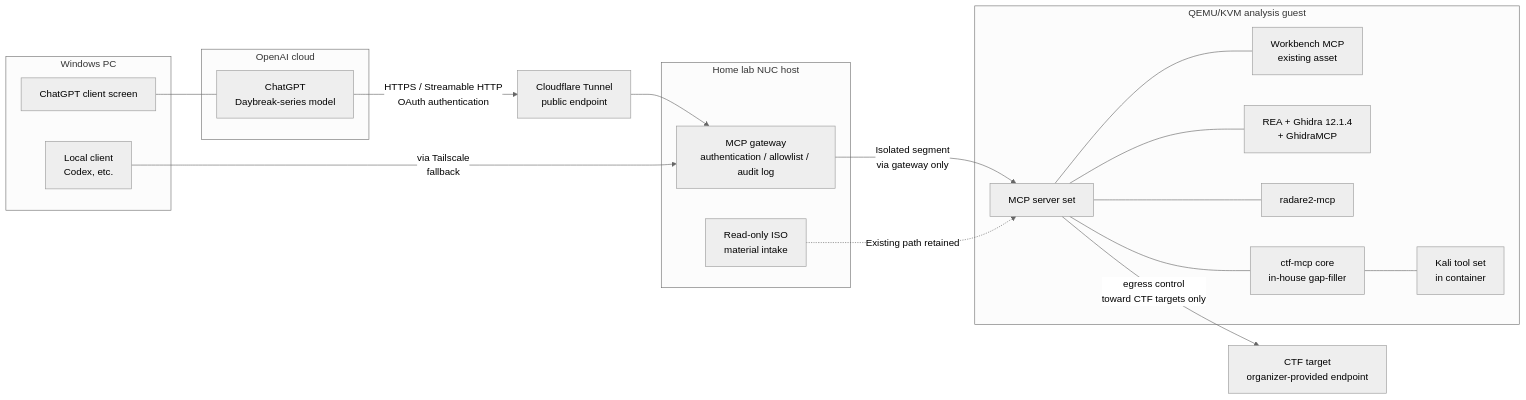
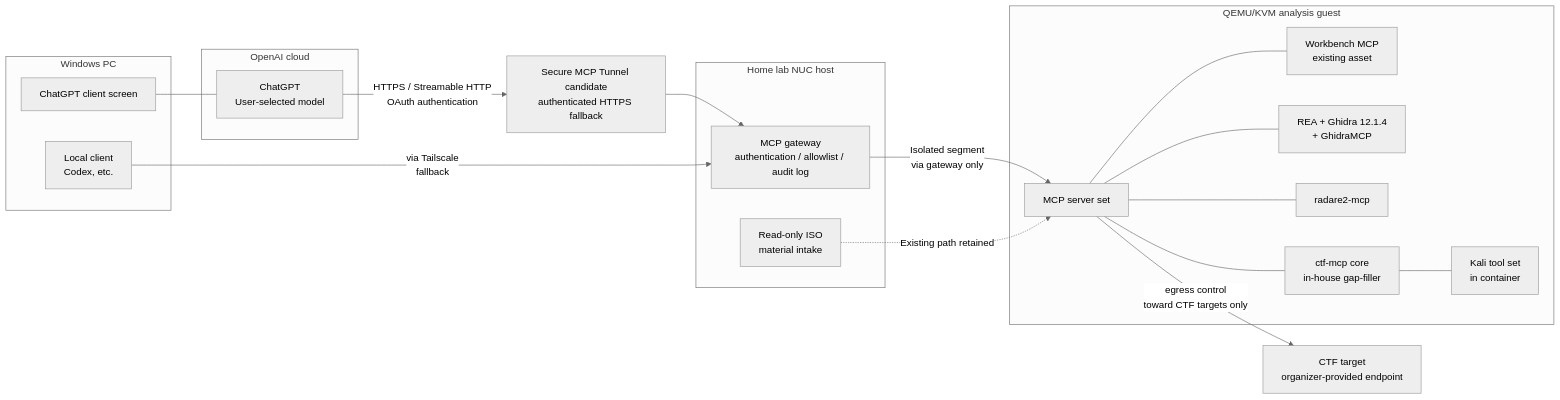
The diagram in docs/02-architecture.md (moruku36/ctf-vdp-harness), drawn with Mermaid (neutral theme) before and after one commit. The commit also changed other lines of this file and 19 other files, not shown here.

````diff
--- a/docs/02-architecture.md
+++ b/docs/02-architecture.md
@@ -12,34 +12,34 @@
 ```mermaid
 flowchart LR
     subgraph cloud [OpenAI cloud]
-        GPT[ChatGPT<br/>Daybreak-series model]
+        GPT[ChatGPT<br/>User-selected model]
     end
     subgraph win [Windows PC]
         GPTW[ChatGPT client screen]
         CODEX[Local client<br/>Codex, etc.]
     end
     GPTW --- GPT
-    GPT -->|HTTPS / Streamable HTTP<br/>OAuth authentication| CF[Cloudflare Tunnel<br/>public endpoint]
+    GPT -->|HTTPS / Streamable HTTP<br/>OAuth authentication| CF[Secure MCP Tunnel candidate<br/>authenticated HTTPS fallback]
     CF --> GW
     CODEX -->|via Tailscale<br/>fallback| GW
     subgraph nuc [Home lab NUC host]
         GW[MCP gateway<br/>authentication / allowlist / audit log]
         ISO[Read-only ISO<br/>material intake]
     end
     GW -->|Isolated segment<br/>via gateway only| VM
     ISO -.->|Existing path retained| VM
     subgraph guest [QEMU/KVM analysis guest]
         VM[MCP server set]
         WB[Workbench MCP<br/>existing asset]
         REA[REA + Ghidra 12.1.4<br/>+ GhidraMCP]
         R2[radare2-mcp]
         CORE[ctf-mcp core<br/>in-house gap-filler]
         KALI[Kali tool set<br/>in container]
         VM --- WB
         VM --- REA
         VM --- R2
         VM --- CORE
         CORE --- KALI
     end
     VM -->|egress control<br/>toward CTF targets only| CTF[CTF target<br/>organizer-provided endpoint]
 ```
````
